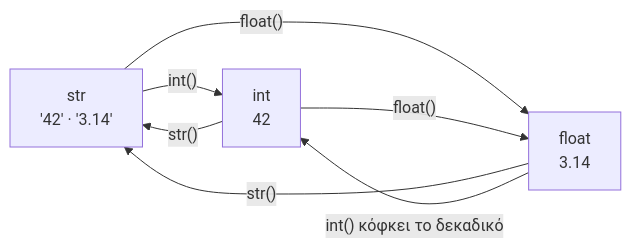
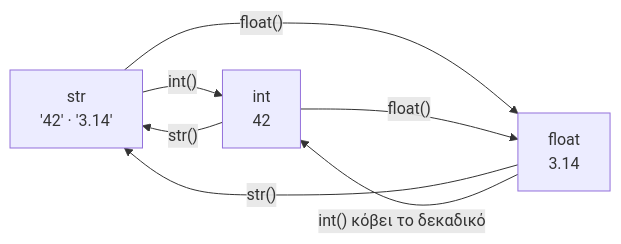
Before and after one commit to zafeirakopoulos/pliroforiki: the fifth of 5 diagrams in week1.qmd, drawn with Mermaid. The commit also changed other lines of this file, not shown here.

````diff
--- a/week1.qmd
+++ b/week1.qmd
@@ -350,12 +350,12 @@
 ```{mermaid}
 flowchart LR
     str["str<br>'42' · '3.14'"]
     int["int<br>42"]
     float["float<br>3.14"]
     str -->|"int()"| int
     str -->|"float()"| float
     int -->|"str()"| str
     float -->|"str()"| str
     int -->|"float()"| float
-    float -->|"int() κόφκει το δεκαδικό"| int
+    float -->|"int() κόβει το δεκαδικό"| int
 ```
````
